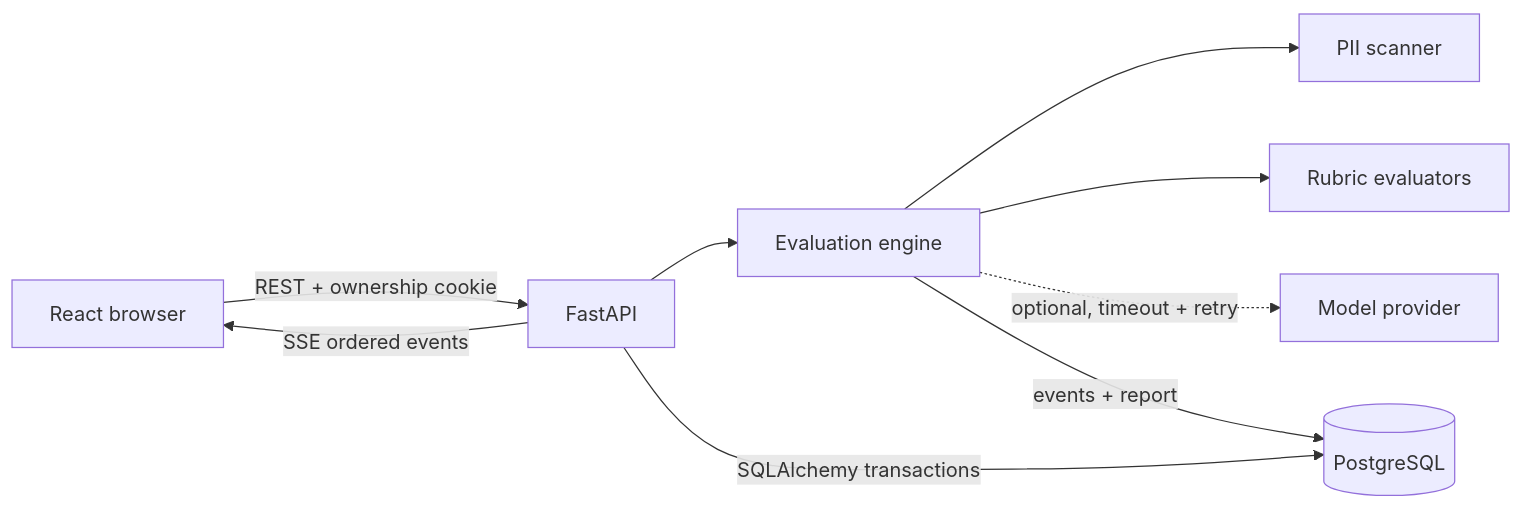
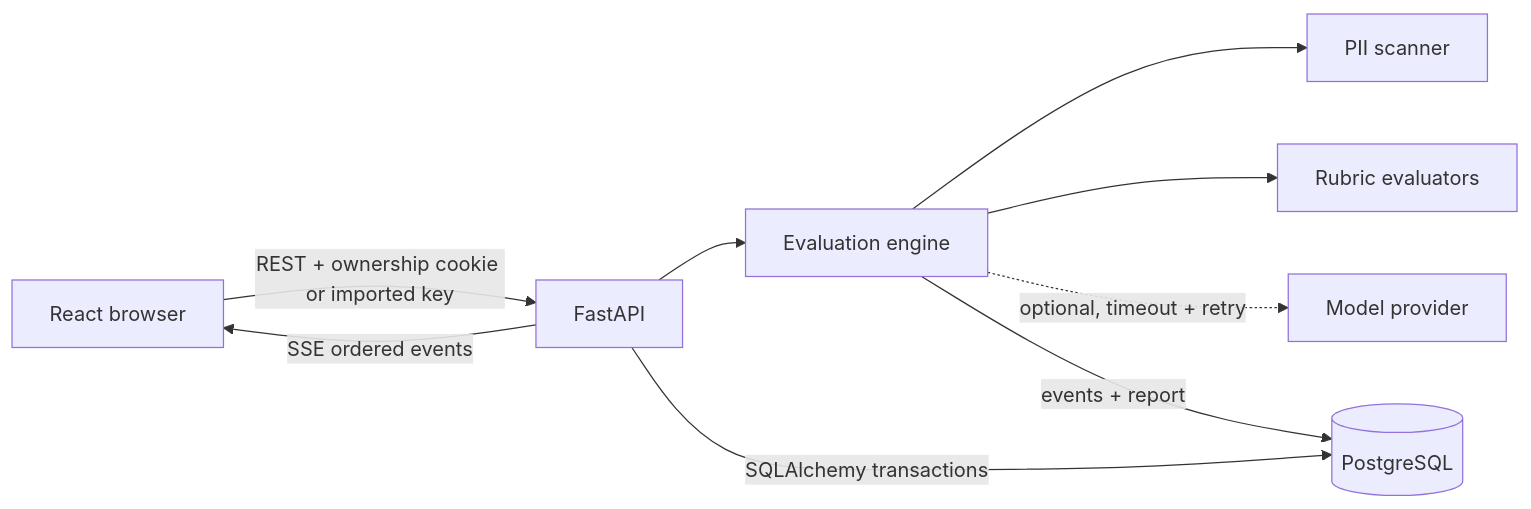
The diagram in docs/ARCHITECTURE.md (AsimAslah/AI-Quality-Lab), drawn with Mermaid before and after one commit. The commit also changed other lines of this file and 15 other files, not shown here.

````diff
--- a/docs/ARCHITECTURE.md
+++ b/docs/ARCHITECTURE.md
@@ -7,11 +7,11 @@
 ```mermaid
 flowchart LR
-  B[React browser] -->|REST + ownership cookie| A[FastAPI]
+  B[React browser] -->|REST + ownership cookie or imported key| A[FastAPI]
   A -->|SSE ordered events| B
   A --> E[Evaluation engine]
   E --> P[PII scanner]
   E --> R[Rubric evaluators]
   E -. optional, timeout + retry .-> L[Model provider]
   A -->|SQLAlchemy transactions| D[(PostgreSQL)]
   E -->|events + report| D
 ```
````
